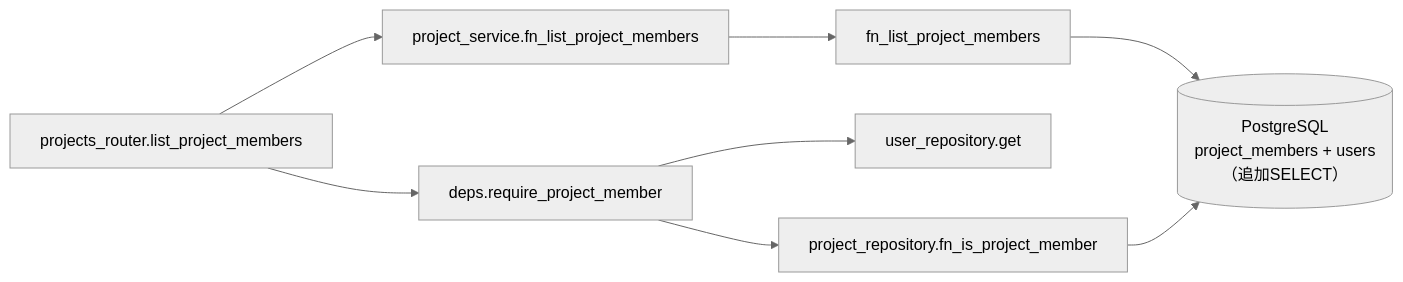
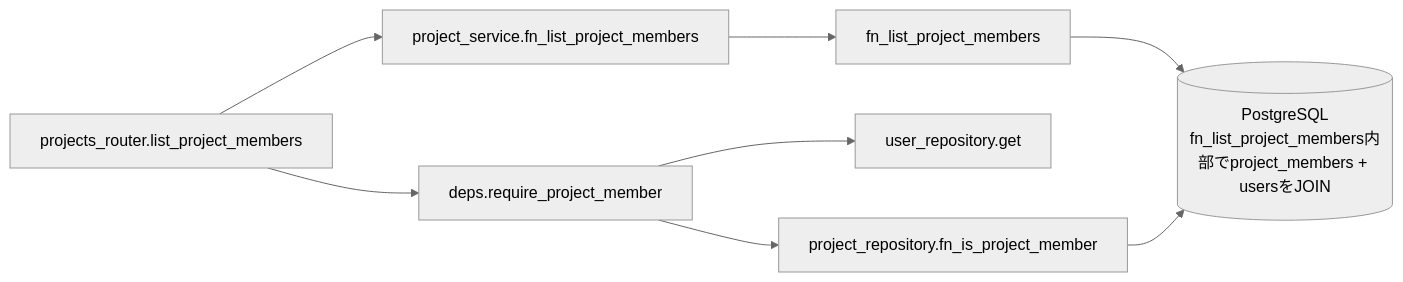
Before and after one commit to oikawa-d/task_management: the third of 4 diagrams in detailed_design/api/projects/06_get_project_members.md, drawn with Mermaid (neutral theme). The commit also changed other lines of this file and 5 other files, not shown here.

````diff
--- a/detailed_design/api/projects/06_get_project_members.md
+++ b/detailed_design/api/projects/06_get_project_members.md
@@ -186,10 +186,10 @@
 ```mermaid
 flowchart LR
     R["projects_router.list_project_members"] --> D["deps.require_project_member"]
     R --> S["project_service.fn_list_project_members"]
     D --> RP1["project_repository.fn_is_project_member"]
     D --> URP["user_repository.get"]
     S --> RP2["fn_list_project_members"]
-    RP2 --> PG[("PostgreSQL<br/>project_members + users（追加SELECT）")]
+    RP2 --> PG[("PostgreSQL<br/>fn_list_project_members内部でproject_members + usersをJOIN")]
     RP1 --> PG
 ```
````
